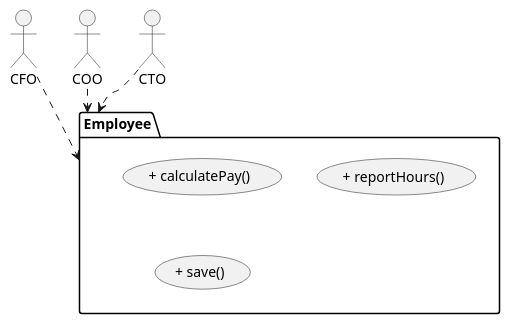
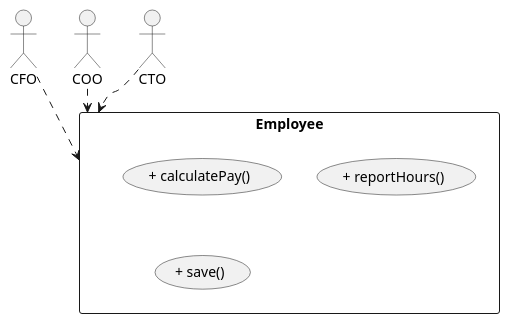
One commit to huland/logseq-notes changed the diagram in pages/Robert C. Martin - Clean Architecture A Craftsman's Guide to Software Structure and Design.md. Above: the diagram before and after it, drawn with PlantUML.

Commit message:
[logseq-plugin-git:commit] 2023-08-10T15:52:01.995Z

```diff
--- a/pages/Robert C. Martin - Clean Architecture A Craftsman's Guide to Software Structure and Design.md
+++ b/pages/Robert C. Martin - Clean Architecture A Craftsman's Guide to Software Structure and Design.md
@@ -43,16 +43,16 @@
 				  @startuml
 				  :CFO: as cfo
 				  :COO: as coo
 				  :CTO: as cto
 				  
-				  package Employee {
+				  rectangle Employee {
 				    usecase "+ calculatePay()"
 				    usecase "+ reportHours()"
 				    usecase "+ save()"
 				  }
 				  
 				  cfo ..> Employee
 				  coo ..> Employee
 				  cto ..> Employee
 				  
 				  @enduml
```
